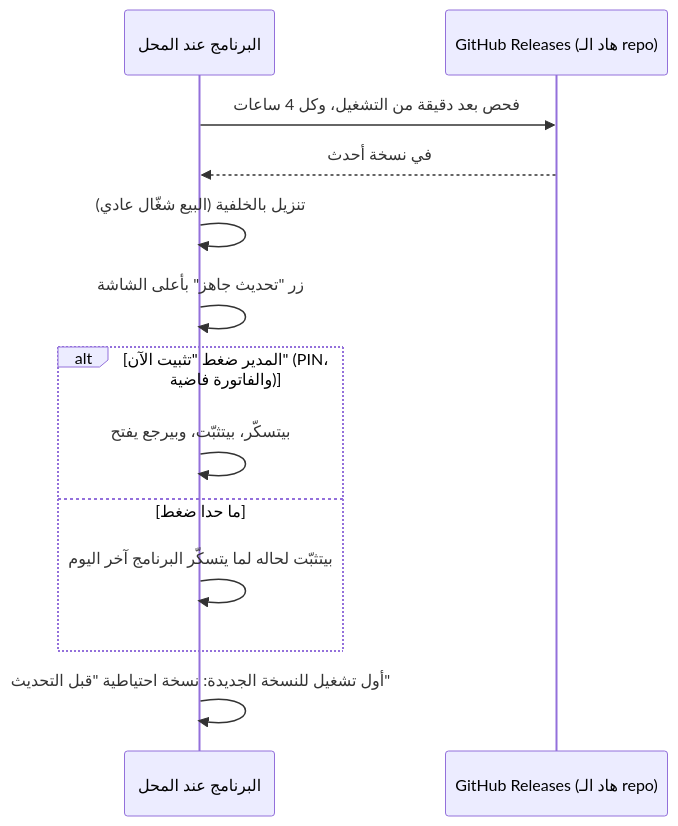
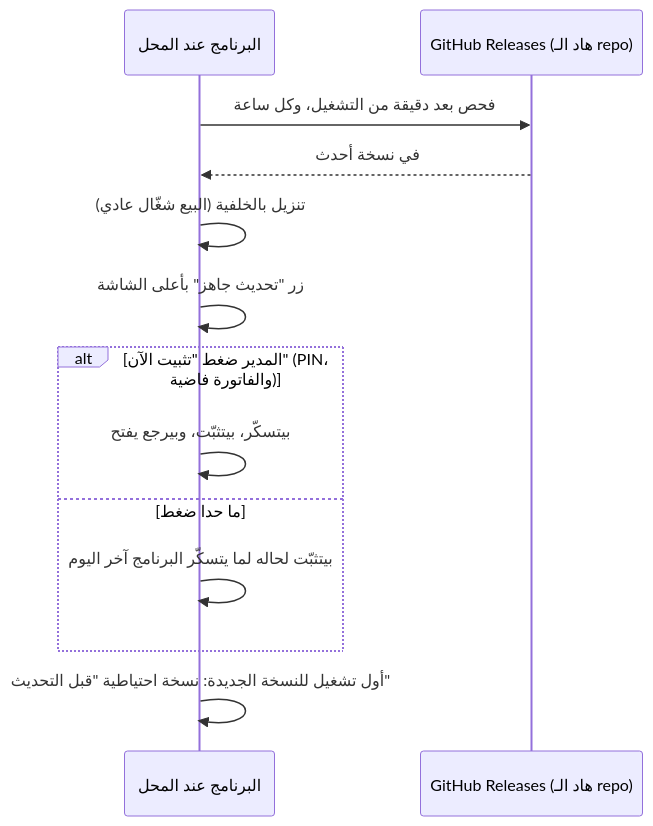
Before and after one commit to AbuDergham/pizza-pos-releases: the second of 2 diagrams in README.md, drawn with Mermaid. The commit also changed other lines of this file and 3 other files, not shown here.

````diff
--- a/README.md
+++ b/README.md
@@ -123,15 +127,15 @@
 ```mermaid
 sequenceDiagram
     participant P as البرنامج عند المحل
     participant G as GitHub Releases (هاد الـ repo)
-    P->>G: فحص بعد دقيقة من التشغيل، وكل 4 ساعات
+    P->>G: فحص بعد دقيقة من التشغيل، وكل ساعة
     G-->>P: في نسخة أحدث
     P->>P: تنزيل بالخلفية (البيع شغّال عادي)
     P->>P: زر "تحديث جاهز" بأعلى الشاشة
     alt المدير ضغط "تثبيت الآن" (PIN، والفاتورة فاضية)
         P->>P: بيتسكّر، بيتثبّت، وبيرجع يفتح
     else ما حدا ضغط
         P->>P: بيتثبّت لحاله لما يتسكّر البرنامج آخر اليوم
     end
     P->>P: أول تشغيل للنسخة الجديدة: نسخة احتياطية "قبل التحديث"
 ```
````
